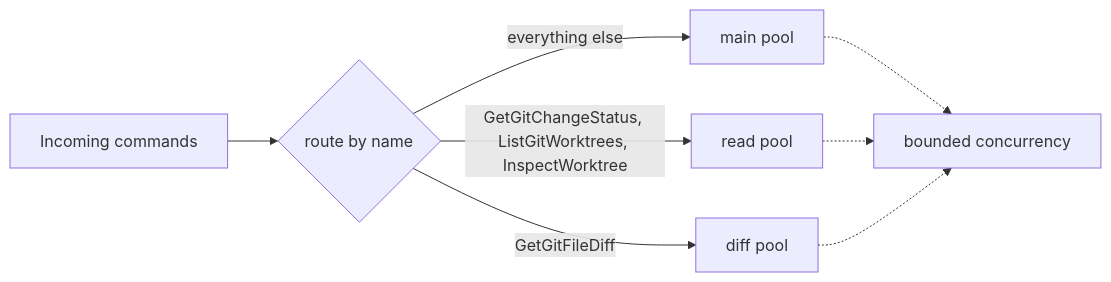
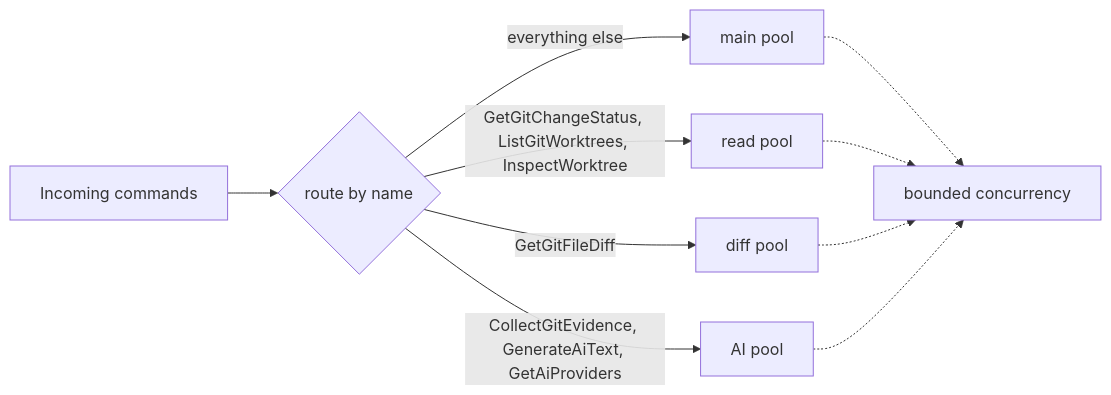
The second of 6 diagrams in docs/architecture/04-runtime-communication-and-concurrency.md (Jandini/GrayMoon), drawn with Mermaid before and after one commit. The commit also changed other lines of this file and 24 other files, not shown here.

````diff
--- a/docs/architecture/04-runtime-communication-and-concurrency.md
+++ b/docs/architecture/04-runtime-communication-and-concurrency.md
@@ -85,10 +86,12 @@
 ```mermaid
 flowchart LR
   In["Incoming commands"] --> Route{"route by name"}
   Route -->|"everything else"| Main["main pool"]
   Route -->|"GetGitChangeStatus, ListGitWorktrees, InspectWorktree"| Read["read pool"]
   Route -->|"GetGitFileDiff"| Diff["diff pool"]
+  Route -->|"CollectGitEvidence, GenerateAiText, GetAiProviders"| Ai["AI pool"]
   Main -.-> Cap["bounded concurrency"]
   Read -.-> Cap
   Diff -.-> Cap
+  Ai -.-> Cap
 ```
````
